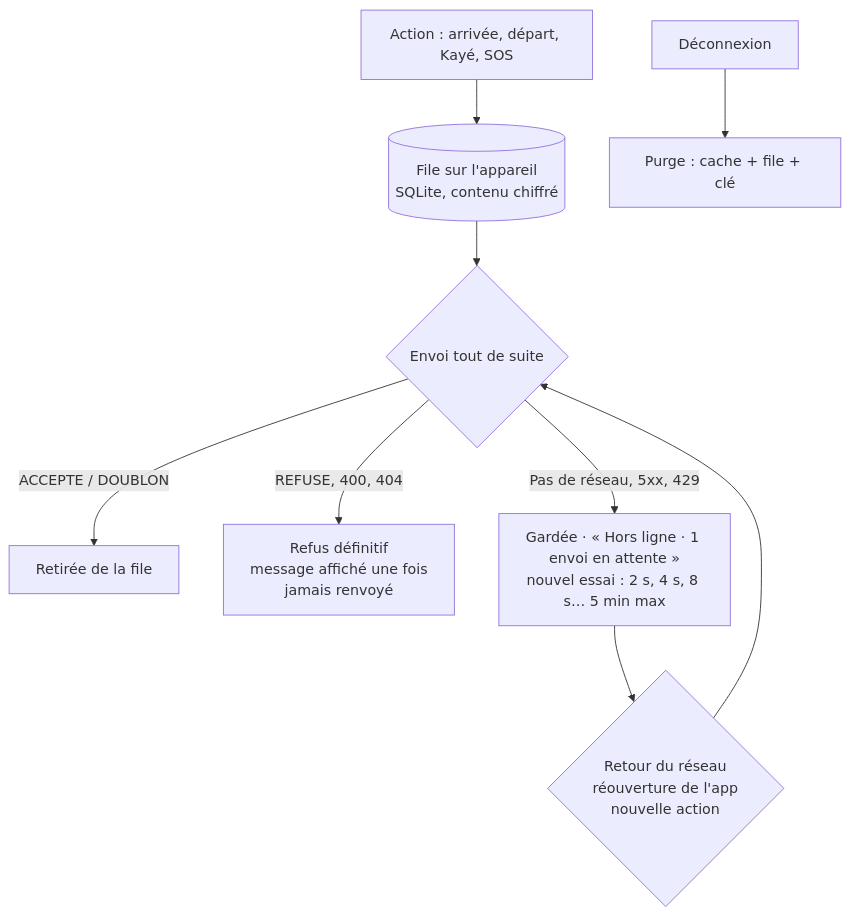
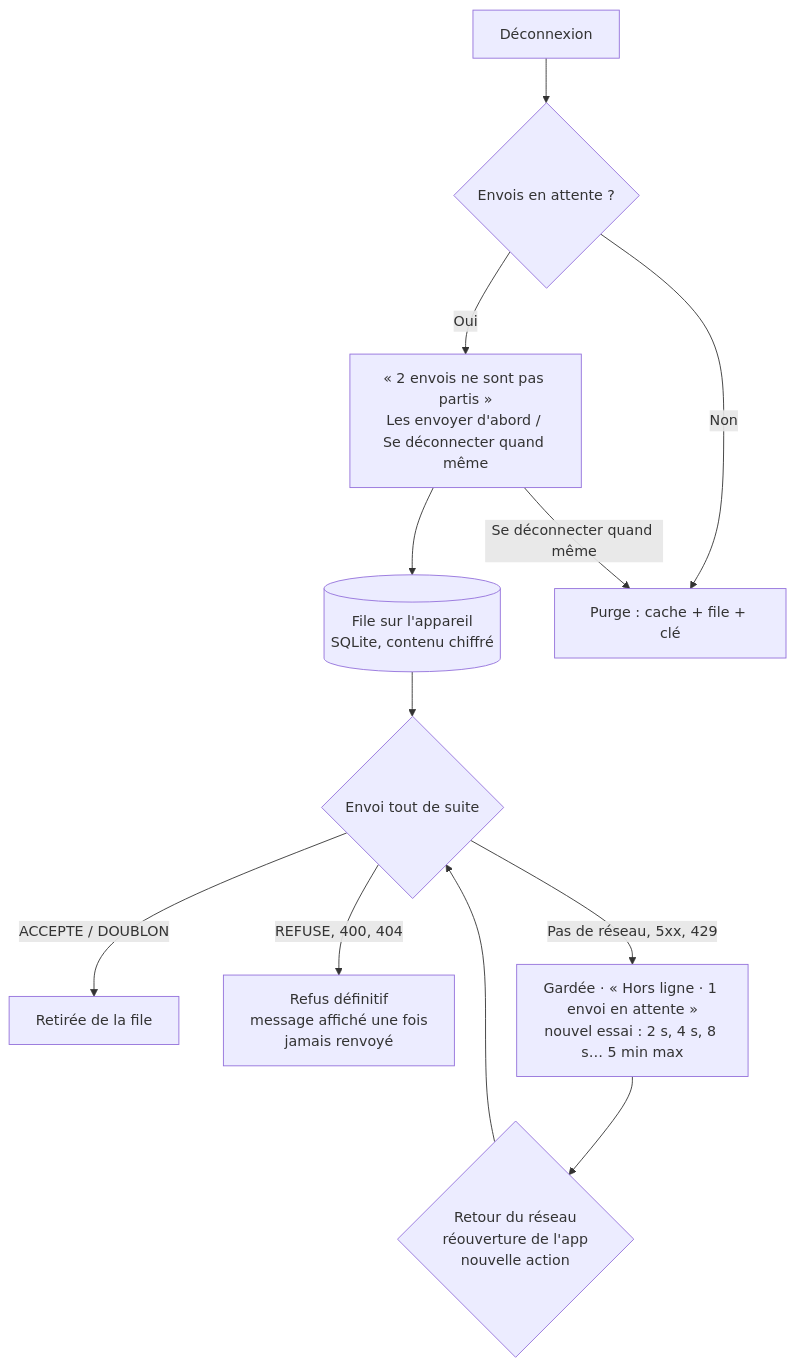
One commit to abbo-benhamid/Jarvis changed the third of 4 diagrams in mobile/README.md. Above: the diagram before and after it, drawn with Mermaid. The commit also changed other lines of this file, not shown here.

First line of the commit message:
docs(mobile): README V1c (rejeu unique du refresh, purge sur rejeu, règles de la file, clé indisponible, code LKW7Q3)

````diff
--- a/mobile/README.md
+++ b/mobile/README.md
@@ -100,11 +106,14 @@
 ```mermaid
 flowchart TD
   A["Action : arrivée, départ, Kayé, SOS"] --> Q[("File sur l'appareil<br/>SQLite, contenu chiffré")]
   Q --> T{Envoi tout de suite}
   T -->|ACCEPTE / DOUBLON| OK[Retirée de la file]
   T -->|REFUSE, 400, 404| R["Refus définitif<br/>message affiché une fois<br/>jamais renvoyé"]
   T -->|Pas de réseau, 5xx, 429| W["Gardée · « Hors ligne · 1 envoi en attente »<br/>nouvel essai : 2 s, 4 s, 8 s… 5 min max"]
   W --> S{"Retour du réseau<br/>réouverture de l'app<br/>nouvelle action"}
   S --> T
-  D[Déconnexion] --> P["Purge : cache + file + clé"]
+  D[Déconnexion] --> X{"Envois en attente ?"}
+  X -->|Non| P["Purge : cache + file + clé"]
+  X -->|Oui| A["« 2 envois ne sont pas partis »<br/>Les envoyer d'abord / Se déconnecter quand même"]
+  A -->|Se déconnecter quand même| P
 ```
````
